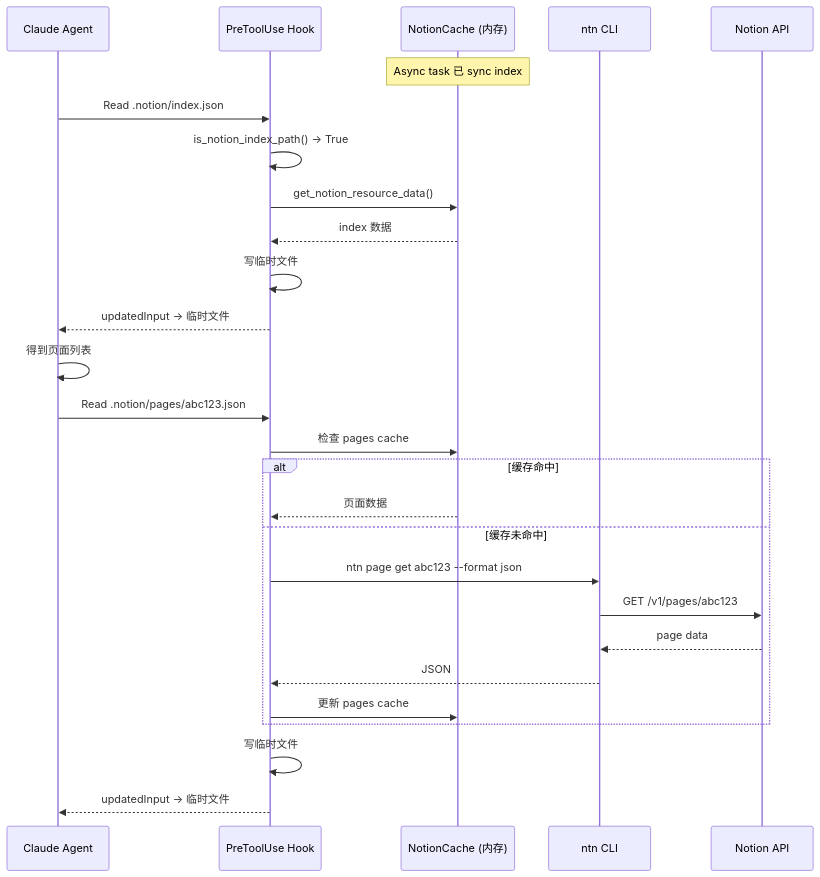
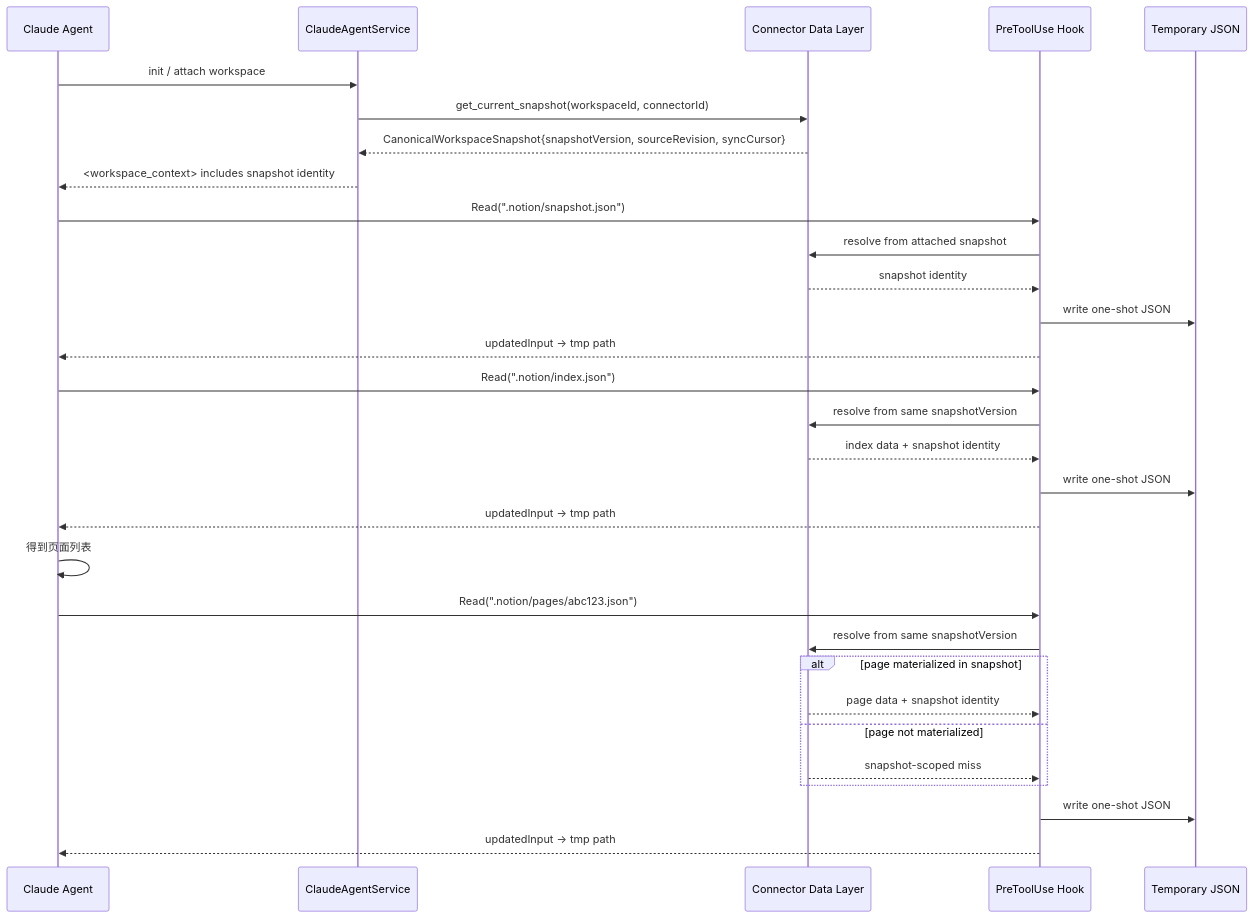
The second of 2 diagrams in docs/design/notion-session/overview.md (glide-the/im-dream), drawn with Mermaid before and after one commit. The commit also changed other lines of this file and 16 other files, not shown here.

First line of the commit message:
feat(notion): implement canonical snapshot and resource connector integration

````diff
--- a/docs/design/notion-session/overview.md
+++ b/docs/design/notion-session/overview.md
@@ -610,32 +469,36 @@
 ```mermaid
 sequenceDiagram
     participant Agent as Claude Agent
+    participant Service as ClaudeAgentService
+    participant Data as Connector Data Layer
     participant Hook as PreToolUse Hook
-    participant Cache as NotionCache (内存)
-    participant CLI as ntn CLI
-    participant Notion as Notion API
+    participant Tmp as Temporary JSON
 
-    Note over Cache: Async task 已 sync index
+    Agent->>Service: init / attach workspace
+    Service->>Data: get_current_snapshot(workspaceId, connectorId)
+    Data-->>Service: CanonicalWorkspaceSnapshot{snapshotVersion, sourceRevision, syncCursor}
+    Service-->>Agent: <workspace_context> includes snapshot identity
 
-    Agent->>Hook: Read .notion/index.json
-    Hook->>Hook: is_notion_index_path() → True
-    Hook->>Cache: get_notion_resource_data()
-    Cache-->>Hook: index 数据
-    Hook->>Hook: 写临时文件
-    Hook-->>Agent: updatedInput → 临时文件
+    Agent->>Hook: Read(".notion/snapshot.json")
+    Hook->>Data: resolve from attached snapshot
+    Data-->>Hook: snapshot identity
+    Hook->>Tmp: write one-shot JSON
+    Hook-->>Agent: updatedInput → tmp path
+
+    Agent->>Hook: Read(".notion/index.json")
+    Hook->>Data: resolve from same snapshotVersion
+    Data-->>Hook: index data + snapshot identity
+    Hook->>Tmp: write one-shot JSON
+    Hook-->>Agent: updatedInput → tmp path
     Agent->>Agent: 得到页面列表
 
-    Agent->>Hook: Read .notion/pages/abc123.json
-    Hook->>Cache: 检查 pages cache
-    alt 缓存命中
-        Cache-->>Hook: 页面数据
-    else 缓存未命中
-        Hook->>CLI: ntn page get abc123 --format json
-        CLI->>Notion: GET /v1/pages/abc123
-        Notion-->>CLI: page data
-        CLI-->>Hook: JSON
-        Hook->>Cache: 更新 pages cache
+    Agent->>Hook: Read(".notion/pages/abc123.json")
+    Hook->>Data: resolve from same snapshotVersion
+    alt page materialized in snapshot
+        Data-->>Hook: page data + snapshot identity
+    else page not materialized
+        Data-->>Hook: snapshot-scoped miss
     end
-    Hook->>Hook: 写临时文件
-    Hook-->>Agent: updatedInput → 临时文件
+    Hook->>Tmp: write one-shot JSON
+    Hook-->>Agent: updatedInput → tmp path
 ```
````
